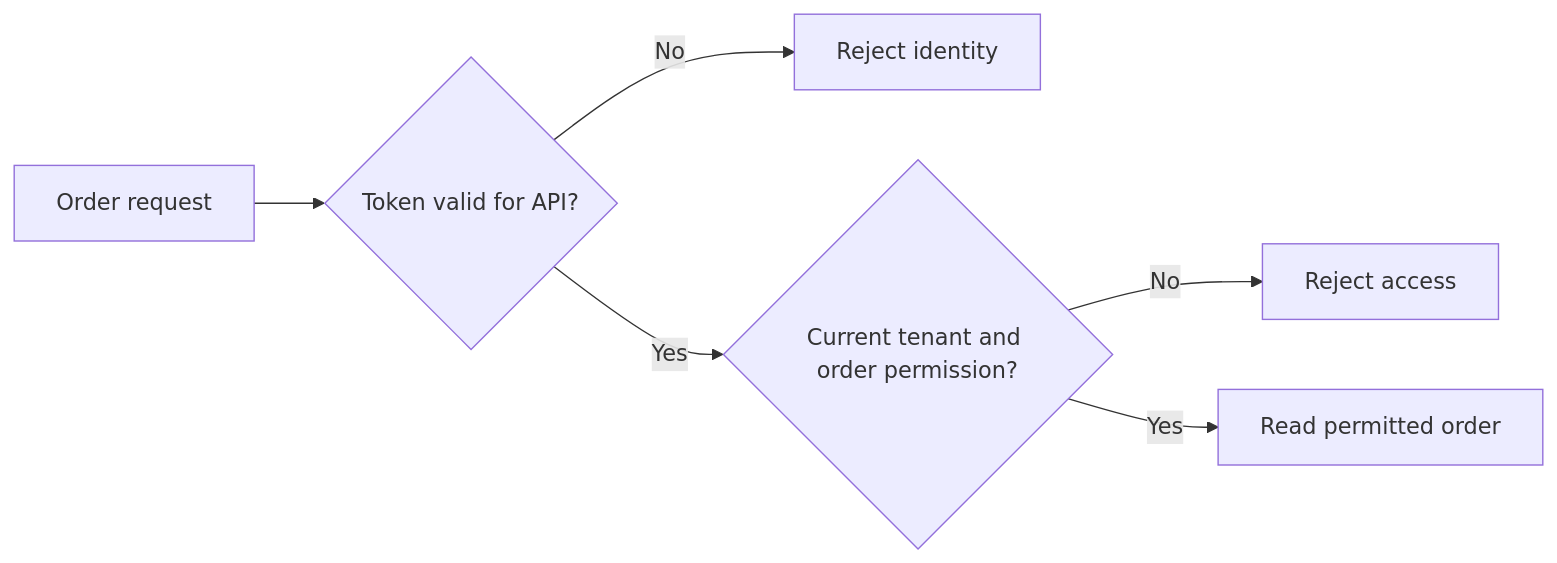
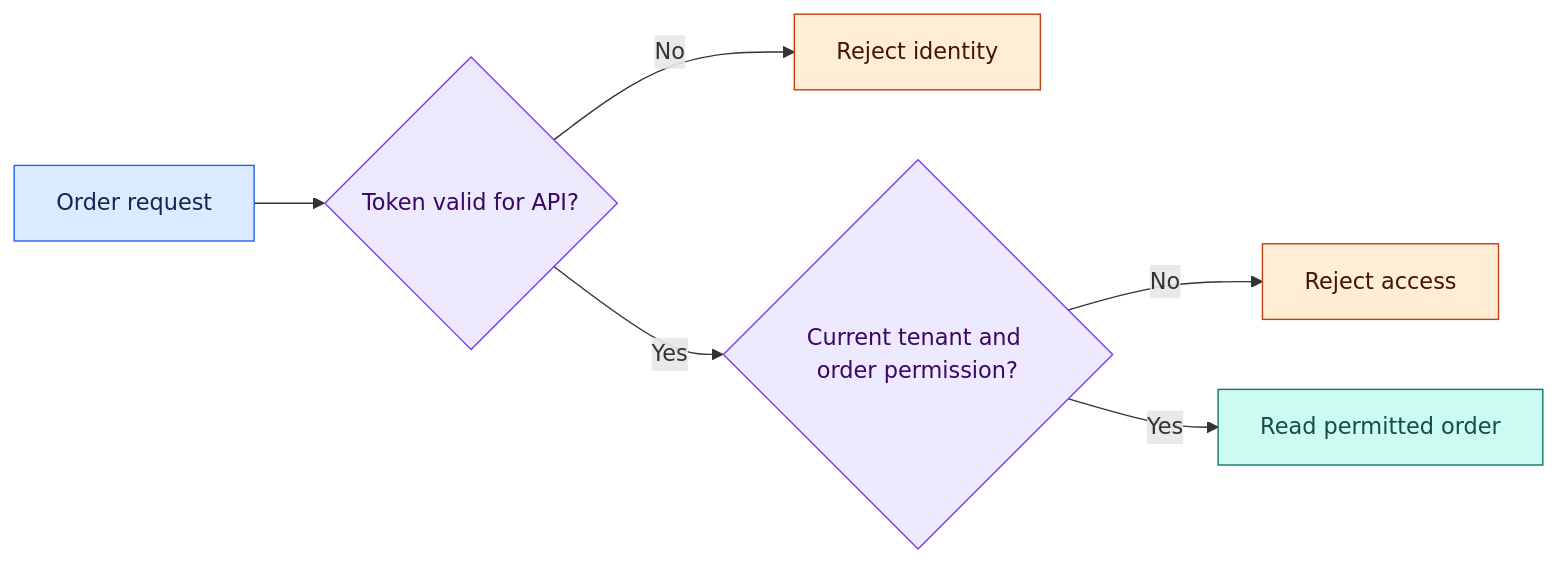
The fifth of 5 diagrams in chapters/03-reliability-security-and-lld.md (Shaktiprasadram22/system-design-26-week-roadmap), drawn with Mermaid before and after one commit. The commit also changed other lines of this file and 21 other files, not shown here.

````diff
--- a/chapters/03-reliability-security-and-lld.md
+++ b/chapters/03-reliability-security-and-lld.md
@@ -356,8 +410,17 @@
 ```mermaid
 flowchart LR
     A[Order request] --> B{Token valid for API?}
     B -->|No| C[Reject identity]
     B -->|Yes| D{Current tenant and order permission?}
     D -->|No| E[Reject access]
     D -->|Yes| F[Read permitted order]
+
+    classDef input fill:#dbeafe,stroke:#2563eb,color:#172554;
+    classDef service fill:#ede9fe,stroke:#7c3aed,color:#3b0764;
+    classDef data fill:#ccfbf1,stroke:#0f766e,color:#134e4a;
+    classDef edge fill:#ffedd5,stroke:#c2410c,color:#431407;
+    class A input;
+    class B,D service;
+    class C,E edge;
+    class F data;
 ```
````
